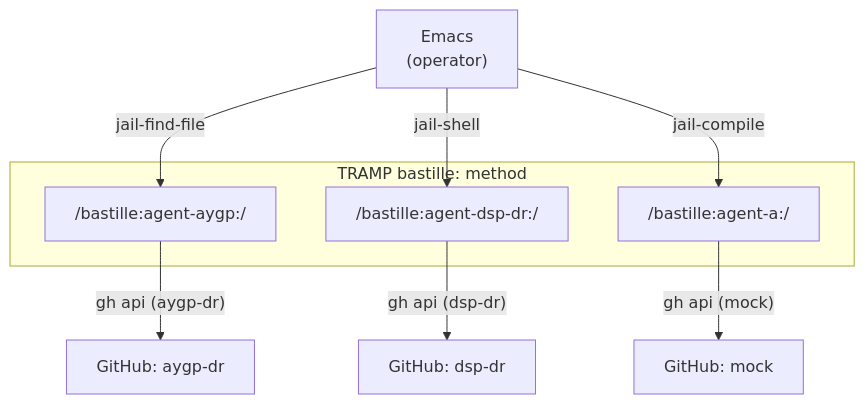
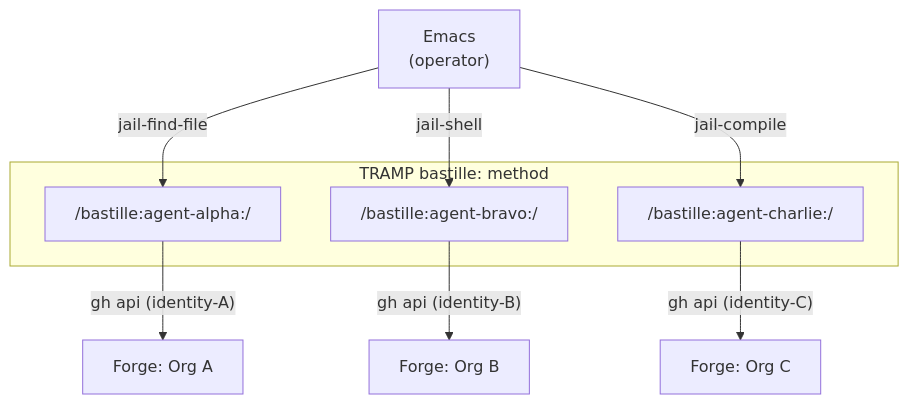
One commit to aygp-dr/tramp-workshop changed the second of 2 diagrams in README.org. Above: the diagram before and after it, drawn with Mermaid. The commit also changed other lines of this file, not shown here.

```diff
--- a/README.org
+++ b/README.org
@@ -291,18 +288,18 @@
 #+begin_src mermaid
 graph TB
     emacs["Emacs<br/>(operator)"]
 
     subgraph bastille["TRAMP bastille: method"]
-        a1["/bastille:agent-aygp:/"]
-        a2["/bastille:agent-dsp-dr:/"]
-        a3["/bastille:agent-a:/"]
+        a1["/bastille:agent-alpha:/"]
+        a2["/bastille:agent-bravo:/"]
+        a3["/bastille:agent-charlie:/"]
     end
 
     emacs -->|"jail-find-file"| a1
     emacs -->|"jail-shell"| a2
     emacs -->|"jail-compile"| a3
 
-    a1 -->|"gh api (aygp-dr)"| forge1["GitHub: aygp-dr"]
-    a2 -->|"gh api (dsp-dr)"| forge2["GitHub: dsp-dr"]
-    a3 -->|"gh api (mock)"| forge3["GitHub: mock"]
+    a1 -->|"gh api (identity-A)"| forge1["Forge: Org A"]
+    a2 -->|"gh api (identity-B)"| forge2["Forge: Org B"]
+    a3 -->|"gh api (identity-C)"| forge3["Forge: Org C"]
 #+end_src
```
